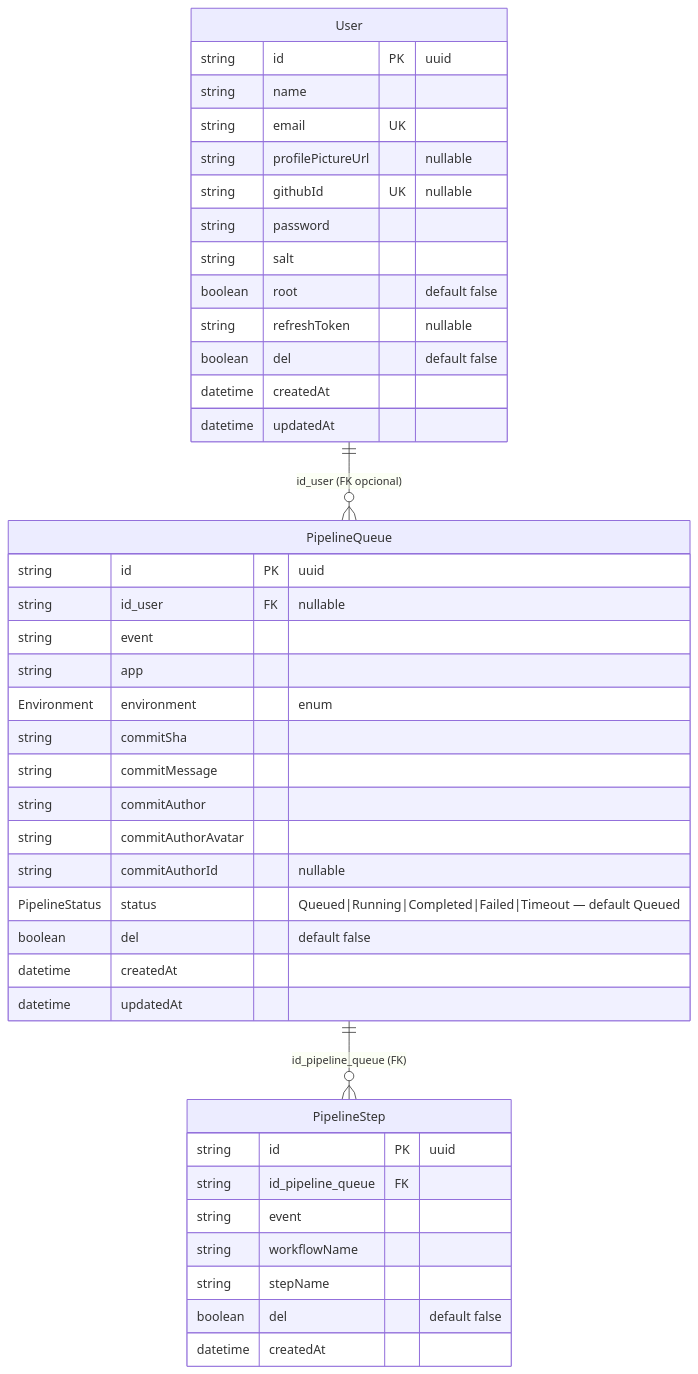
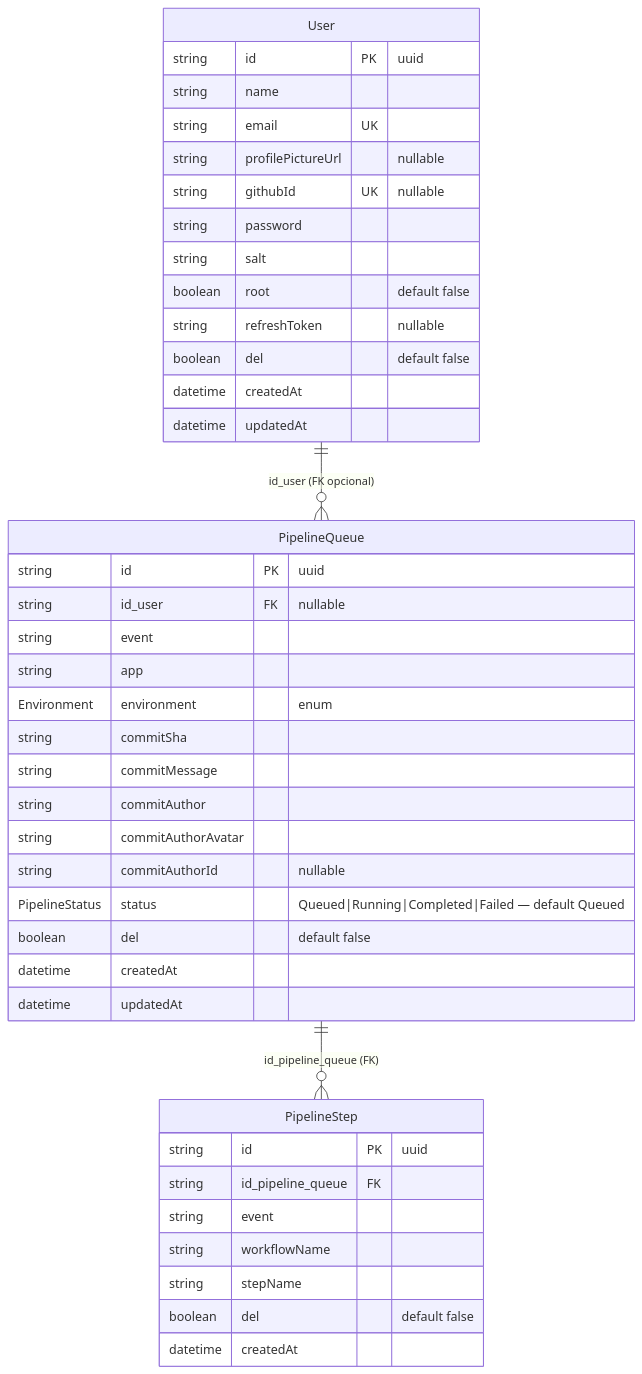
One commit to adaptwebtech/monitor-deploy changed the diagram in docs/CODEBASE.md. Above: the diagram before and after it, drawn with Mermaid. The commit also changed other lines of this file and 11 other files, not shown here.

First line of the commit message:
refactor: replace Timeout status with Failed across the stack

````diff
--- a/docs/CODEBASE.md
+++ b/docs/CODEBASE.md
@@ -398,47 +398,47 @@
 ```mermaid
 erDiagram
     User ||--o{ PipelineQueue : "id_user (FK opcional)"
     PipelineQueue ||--o{ PipelineStep : "id_pipeline_queue (FK)"
 
     User {
         string id PK "uuid"
         string name
         string email UK
         string profilePictureUrl "nullable"
         string githubId UK "nullable"
         string password
         string salt
         boolean root "default false"
         string refreshToken "nullable"
         boolean del "default false"
         datetime createdAt
         datetime updatedAt
     }
 
     PipelineQueue {
         string id PK "uuid"
         string id_user FK "nullable"
         string event
         string app
         Environment environment "enum"
         string commitSha
         string commitMessage
         string commitAuthor
         string commitAuthorAvatar
         string commitAuthorId "nullable"
-        PipelineStatus status "Queued|Running|Completed|Failed|Timeout — default Queued"
+        PipelineStatus status "Queued|Running|Completed|Failed — default Queued"
         boolean del "default false"
         datetime createdAt
         datetime updatedAt
     }
 
     PipelineStep {
         string id PK "uuid"
         string id_pipeline_queue FK
         string event
         string workflowName
         string stepName
         boolean del "default false"
         datetime createdAt
     }
 ```
````
